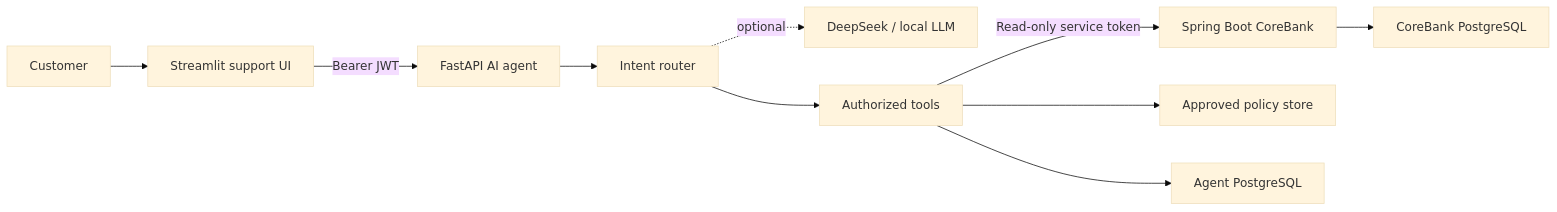
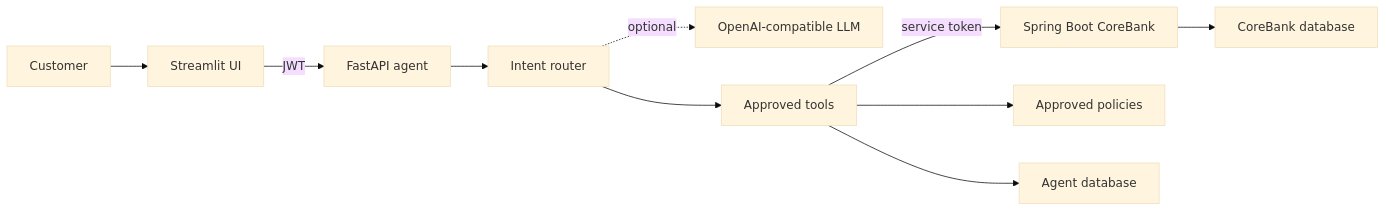
Before and after one commit to SsK-981/corebank-ai-banking-platform: the diagram in README.md, drawn with Mermaid (base theme). The commit also changed other lines of this file and 1 other file, not shown here.

````diff
--- a/README.md
+++ b/README.md
@@ -42,12 +28,12 @@
 ```mermaid
 flowchart LR
-    C["Customer"] --> UI["Streamlit support UI"]
-    UI -->|"Bearer JWT"| AI["FastAPI AI agent"]
+    C["Customer"] --> UI["Streamlit UI"]
+    UI -->|"JWT"| AI["FastAPI agent"]
     AI --> R["Intent router"]
-    R -. "optional" .-> LLM["DeepSeek / local LLM"]
-    R --> T["Authorized tools"]
-    T -->|"Read-only service token"| CB["Spring Boot CoreBank"]
-    T --> FAQ["Approved policy store"]
-    T --> AGDB["Agent PostgreSQL"]
-    CB --> CBDB["CoreBank PostgreSQL"]
+    R -. "optional" .-> LLM["OpenAI-compatible LLM"]
+    R --> T["Approved tools"]
+    T -->|"service token"| CB["Spring Boot CoreBank"]
+    T --> FAQ["Approved policies"]
+    T --> ADB["Agent database"]
+    CB --> CDB["CoreBank database"]
 ```
````
